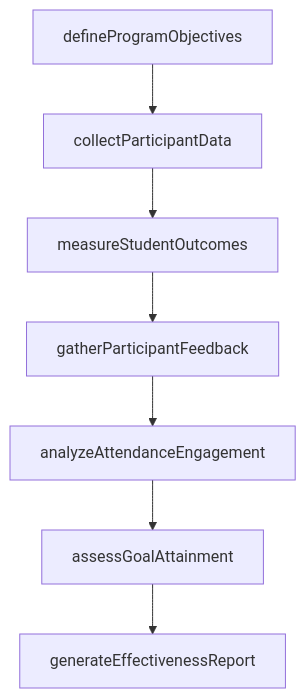
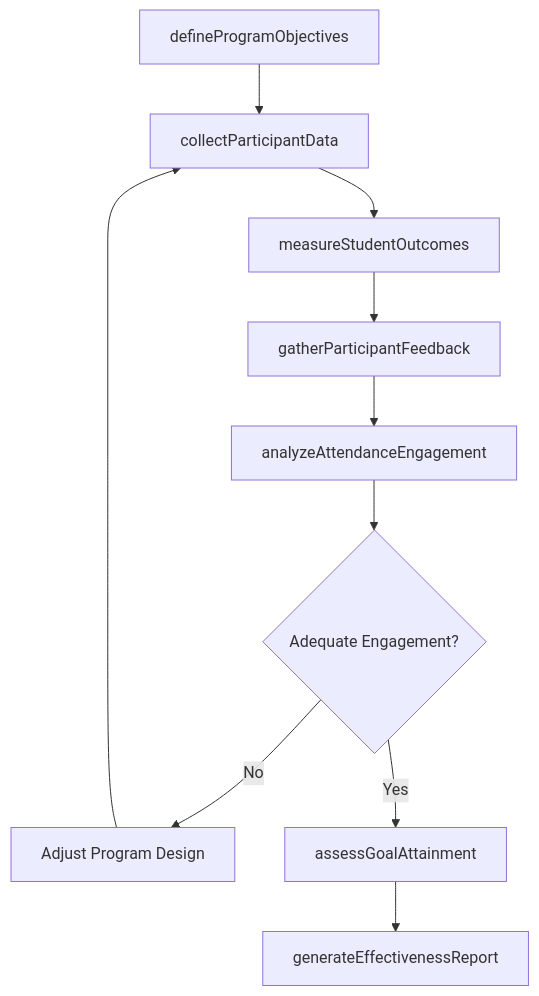
One commit to dot-org-ai/tasks.org.ai changed the third of 4 diagrams in JudgingTheQualitiesOfObjectsServicesOrPeople/EvaluateProgramsPracticesOrProcesses/EvaluateEffectivenessCounselingEducationalPrograms.mdx. Above: the diagram before and after it, drawn with Mermaid. The commit also changed other lines of this file and 307 other files, not shown here.

First line of the commit message:
feat: Add ER diagrams and state diagrams to remaining 308 DWA task files (wave 3 complete)

````diff
--- a/JudgingTheQualitiesOfObjectsServicesOrPeople/EvaluateProgramsPracticesOrProcesses/EvaluateEffectivenessCounselingEducationalPrograms.mdx
+++ b/JudgingTheQualitiesOfObjectsServicesOrPeople/EvaluateProgramsPracticesOrProcesses/EvaluateEffectivenessCounselingEducationalPrograms.mdx
@@ -87,9 +114,12 @@
 ```mermaid
 graph TD
     A[defineProgramObjectives] --> B[collectParticipantData]
     B --> C[measureStudentOutcomes]
     C --> D[gatherParticipantFeedback]
     D --> E[analyzeAttendanceEngagement]
-    E --> F[assessGoalAttainment]
-    F --> G[generateEffectivenessReport]
+    E --> F{Adequate Engagement?}
+    F -->|No| G[Adjust Program Design]
+    G --> B
+    F -->|Yes| H[assessGoalAttainment]
+    H --> I[generateEffectivenessReport]
 ```
````
